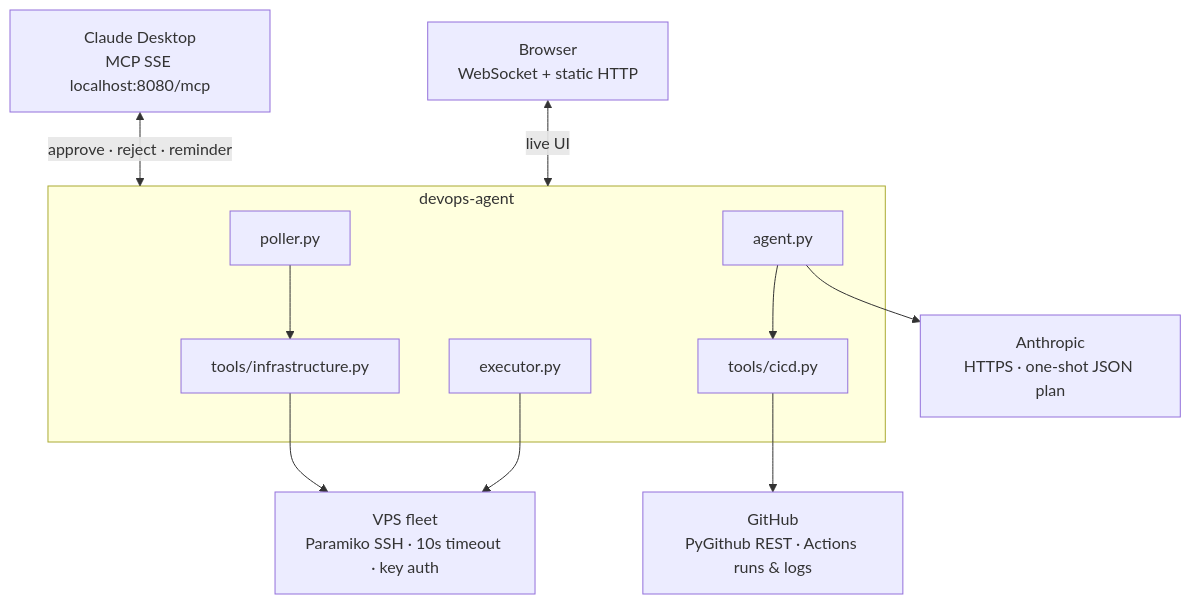
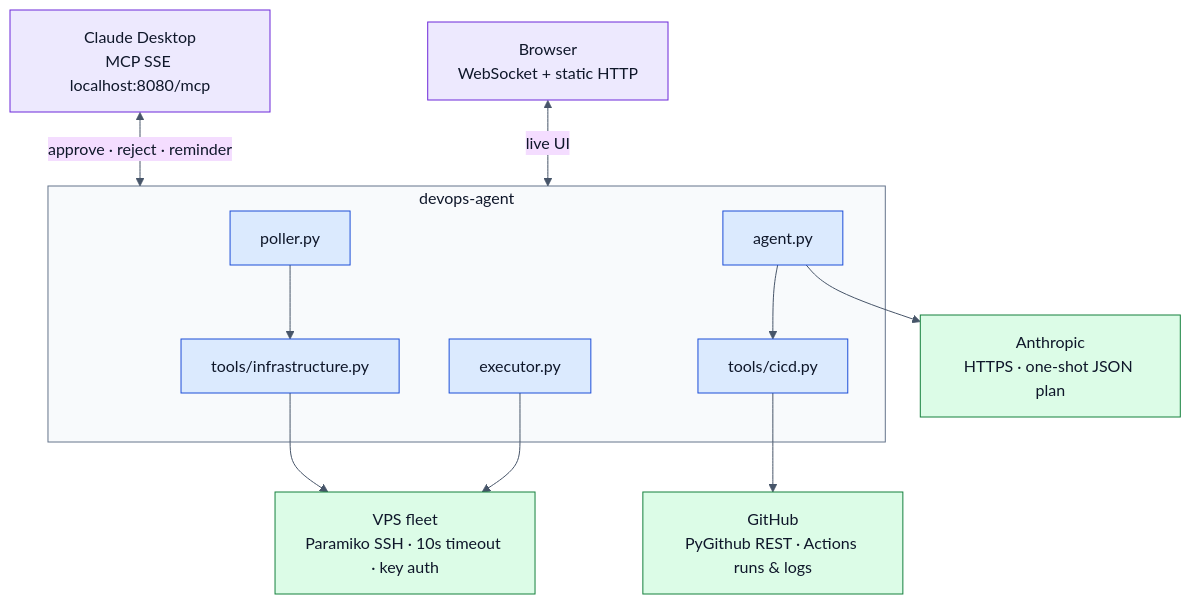
Diagram 12 of 12 in README.md (NevilPatel01/devops-mcp), drawn with Mermaid before and after one commit. The commit also changed other lines of this file and 34 other files, not shown here.

````diff
--- a/README.md
+++ b/README.md
@@ -454,24 +687,32 @@
 ```mermaid
+%%{init: {'theme':'base', 'themeVariables': {'primaryTextColor':'#0f172a','secondaryTextColor':'#0f172a','tertiaryTextColor':'#0f172a','lineColor':'#475569','textColor':'#0f172a','clusterBkg':'#f8fafc','clusterBorder':'#64748b','titleColor':'#0f172a'}}}%%
 flowchart TB
   subgraph DevOpsAgent["devops-agent"]
     Poll["poller.py"]
     Agt["agent.py"]
     Exe["executor.py"]
     CICD["tools/cicd.py"]
     Infra["tools/infrastructure.py"]
   end
 
   VPS["VPS fleet<br/>Paramiko SSH · 10s timeout · key auth"]
   GH["GitHub<br/>PyGithub REST · Actions runs & logs"]
   AI["Anthropic<br/>HTTPS · one-shot JSON plan"]
   CD["Claude Desktop<br/>MCP SSE localhost:8080/mcp"]
   BR["Browser<br/>WebSocket + static HTTP"]
 
   Poll --> Infra --> VPS
   Exe --> VPS
   Agt --> AI
   CICD --> GH
   Agt --> CICD
   CD <-->|approve · reject · reminder| DevOpsAgent
   BR <-->|live UI| DevOpsAgent
+
+  classDef agent fill:#dbeafe,stroke:#1d4ed8,color:#0f172a
+  classDef external fill:#dcfce7,stroke:#15803d,color:#0f172a
+  classDef channel fill:#ede9fe,stroke:#6d28d9,color:#0f172a
+  class Poll,Agt,Exe,CICD,Infra agent
+  class VPS,GH,AI external
+  class CD,BR channel
 ```
````
